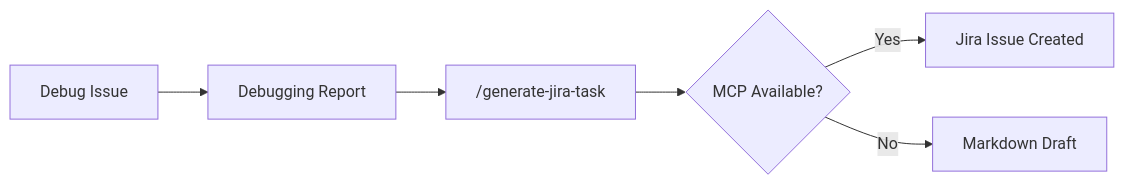
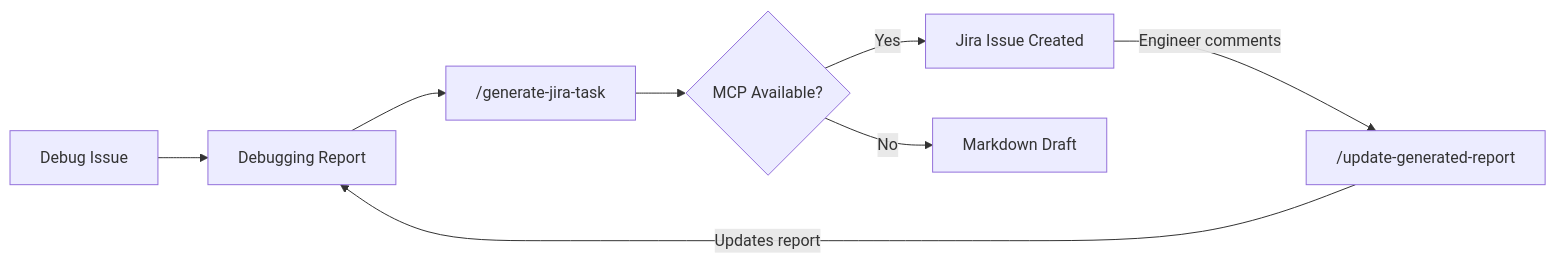
One commit to Cpicon/claude-code-plugins changed the third of 4 diagrams in README.md. Above: the diagram before and after it, drawn with Mermaid. The commit also changed other lines of this file and 11 other files, not shown here.

````diff
--- a/README.md
+++ b/README.md
@@ -112,8 +125,10 @@
 ```mermaid
 flowchart LR
     A["Debug Issue"] --> B["Debugging Report"]
     B --> C["/generate-jira-task"]
     C --> D{"MCP Available?"}
     D -->|Yes| E["Jira Issue Created"]
     D -->|No| F["Markdown Draft"]
+    E -->|"Engineer comments"| G["/update-generated-report"]
+    G -->|"Updates report"| B
 ```
````
